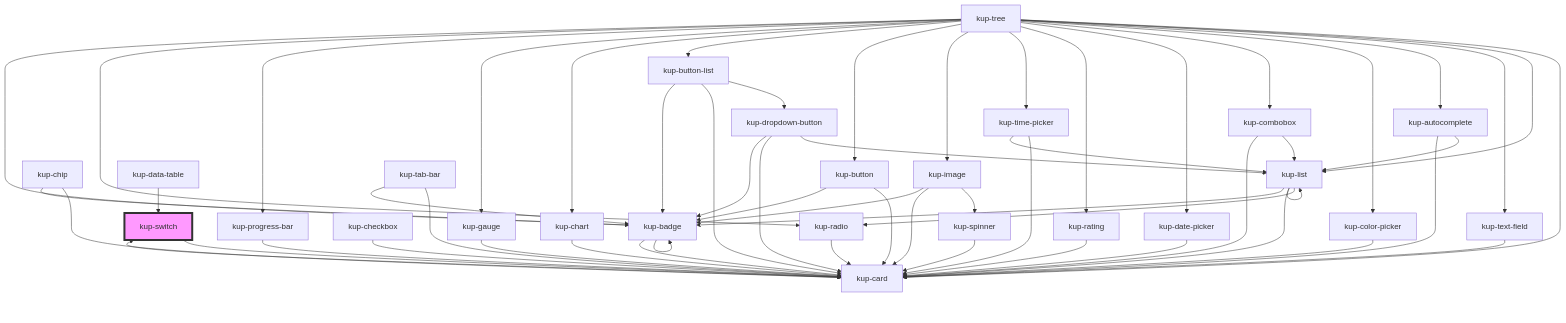
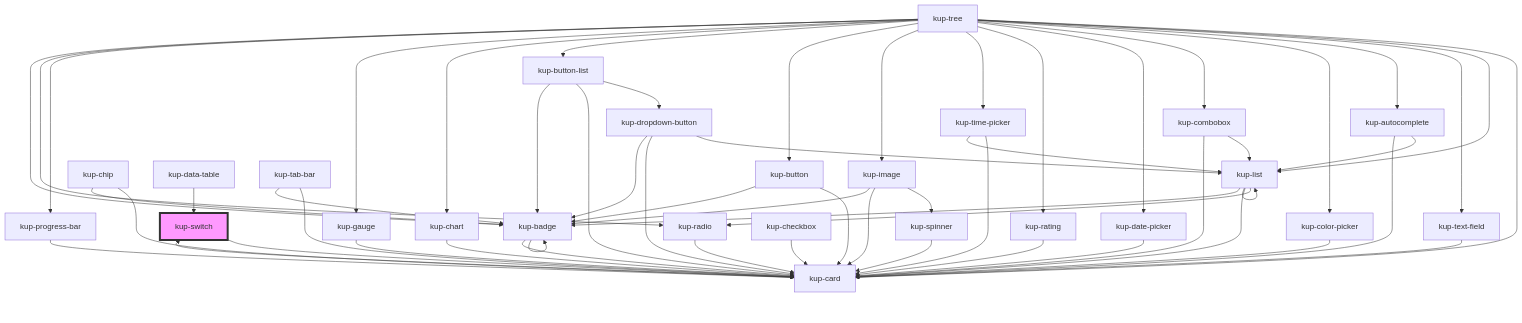
The diagram in packages/ketchup/src/components/kup-switch/readme.md (smeup/ketchup), drawn with Mermaid before and after one commit. The commit also changed other lines of this file and 60 other files, not shown here.

Commit message:
kup-card: moved standard layout 16 to new family (box).

````diff
--- a/packages/ketchup/src/components/kup-switch/readme.md
+++ b/packages/ketchup/src/components/kup-switch/readme.md
@@ -84,61 +84,61 @@
 ```mermaid
 graph TD;
   kup-switch --> kup-card
   kup-card --> kup-switch
-  kup-badge --> kup-badge
-  kup-badge --> kup-card
-  kup-button --> kup-card
-  kup-button --> kup-badge
-  kup-chip --> kup-card
-  kup-chip --> kup-badge
+  kup-autocomplete --> kup-list
+  kup-autocomplete --> kup-card
   kup-list --> kup-list
   kup-list --> kup-radio
   kup-list --> kup-card
   kup-list --> kup-badge
   kup-radio --> kup-card
+  kup-badge --> kup-badge
+  kup-badge --> kup-card
+  kup-color-picker --> kup-card
   kup-combobox --> kup-list
   kup-combobox --> kup-card
-  kup-autocomplete --> kup-list
-  kup-autocomplete --> kup-card
-  kup-checkbox --> kup-card
   kup-date-picker --> kup-card
-  kup-text-field --> kup-card
+  kup-rating --> kup-card
   kup-time-picker --> kup-card
   kup-time-picker --> kup-list
-  kup-data-table --> kup-switch
-  kup-color-picker --> kup-card
-  kup-rating --> kup-card
   kup-image --> kup-spinner
   kup-image --> kup-card
   kup-image --> kup-badge
   kup-spinner --> kup-card
+  kup-button --> kup-card
+  kup-button --> kup-badge
   kup-button-list --> kup-dropdown-button
   kup-button-list --> kup-card
   kup-button-list --> kup-badge
   kup-dropdown-button --> kup-list
   kup-dropdown-button --> kup-card
   kup-dropdown-button --> kup-badge
   kup-chart --> kup-card
   kup-gauge --> kup-card
   kup-progress-bar --> kup-card
+  kup-chip --> kup-card
+  kup-chip --> kup-badge
+  kup-checkbox --> kup-card
+  kup-text-field --> kup-card
+  kup-data-table --> kup-switch
   kup-tab-bar --> kup-card
   kup-tab-bar --> kup-badge
   kup-tree --> kup-card
   kup-tree --> kup-list
   kup-tree --> kup-text-field
   kup-tree --> kup-autocomplete
   kup-tree --> kup-color-picker
   kup-tree --> kup-combobox
   kup-tree --> kup-date-picker
   kup-tree --> kup-rating
   kup-tree --> kup-time-picker
   kup-tree --> kup-image
   kup-tree --> kup-button
   kup-tree --> kup-button-list
   kup-tree --> kup-chart
   kup-tree --> kup-gauge
   kup-tree --> kup-progress-bar
   kup-tree --> kup-radio
   kup-tree --> kup-badge
   style kup-switch fill:#f9f,stroke:#333,stroke-width:4px
 ```
````
